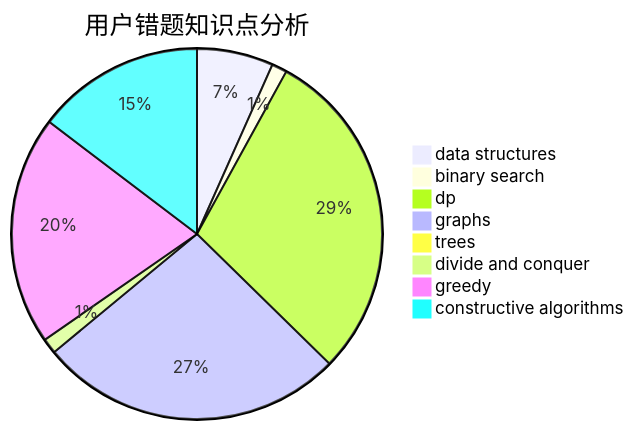
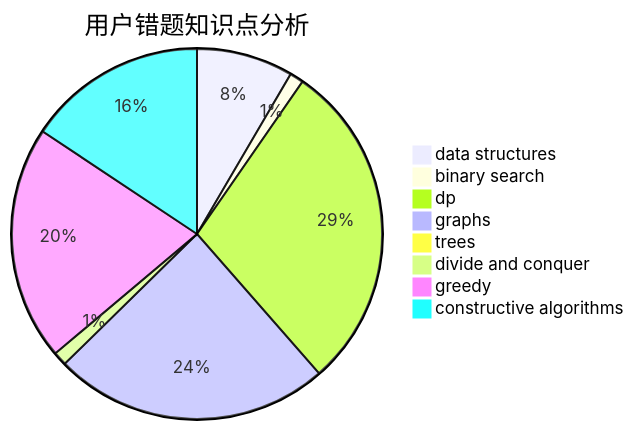
One commit to sherpahu/cfrs.github.io changed the third of 3 diagrams in docs/user/u720.md. Above: the diagram before and after it, drawn with Mermaid. The commit also changed other lines of this file and 2770 other files, not shown here.

````diff
--- a/docs/user/u720.md
+++ b/docs/user/u720.md
@@ -36,11 +36,11 @@
 ```mermaid
 pie title 用户错题知识点分析
-    "data structures" :  5
+    "data structures" :  7
     "binary search" :  1
-    "dp" :  22
+    "dp" :  24
     "graphs" :  20
     "trees" :  0
     "divide and conquer" :  1
-    "greedy" :  15
-    "constructive algorithms" :  11
+    "greedy" :  17
+    "constructive algorithms" :  13
 ```
````
